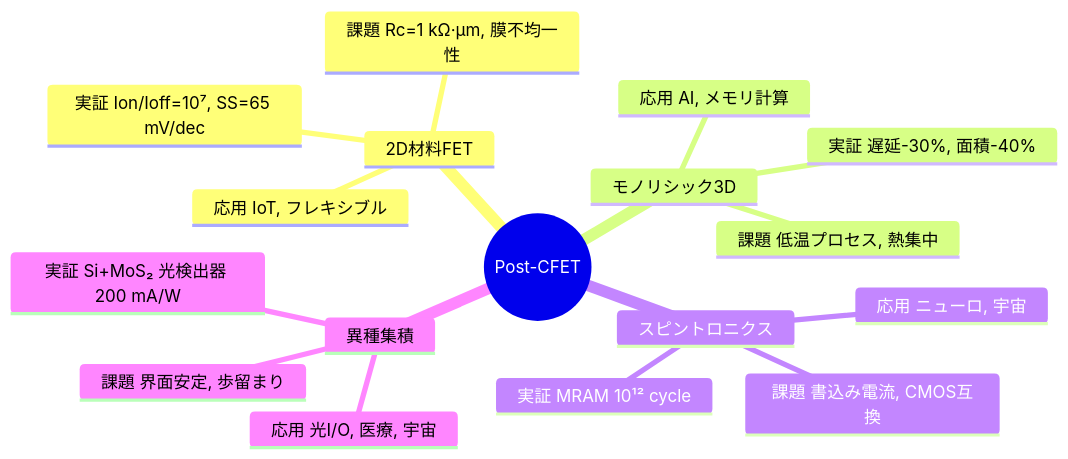
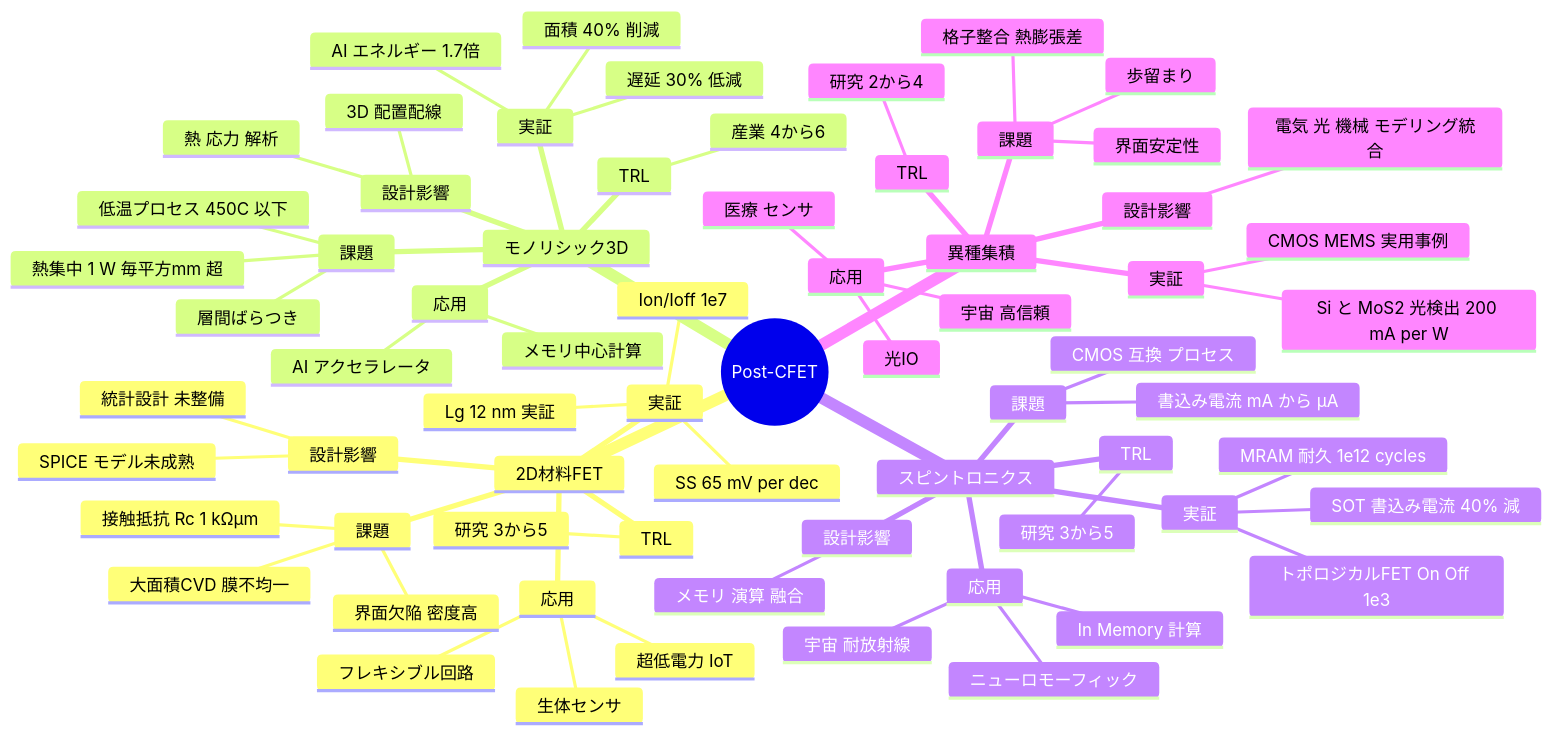
One commit to Samizo-AITL/Edusemi-v4x changed the third of 3 diagrams in f_chapter1_finfet_gaa/post_cfet/draft.md. Above: the diagram before and after it, drawn with Mermaid. The commit also changed other lines of this file, not shown here.

````diff
--- a/f_chapter1_finfet_gaa/post_cfet/draft.md
+++ b/f_chapter1_finfet_gaa/post_cfet/draft.md
@@ -206,20 +207,71 @@
 ```mermaid
 mindmap
   root((Post-CFET))
     2D材料FET
-      実証 Ion/Ioff=10⁷, SS=65 mV/dec
-      課題 Rc=1 kΩ·µm, 膜不均一性
-      応用 IoT, フレキシブル
+      実証
+        Ion/Ioff 1e7
+        SS 65 mV per dec
+        Lg 12 nm 実証
+      課題
+        接触抵抗 Rc 1 kΩµm
+        大面積CVD 膜不均一
+        界面欠陥 密度高
+      応用
+        超低電力 IoT
+        フレキシブル回路
+        生体センサ
+      設計影響
+        SPICE モデル未成熟
+        統計設計 未整備
+      TRL
+        研究 3から5
     モノリシック3D
-      実証 遅延-30%, 面積-40%
-      課題 低温プロセス, 熱集中
-      応用 AI, メモリ計算
+      実証
+        遅延 30% 低減
+        面積 40% 削減
+        AI エネルギー 1.7倍
+      課題
+        低温プロセス 450C 以下
+        層間ばらつき
+        熱集中 1 W 毎平方mm 超
+      応用
+        AI アクセラレータ
+        メモリ中心計算
+      設計影響
+        3D 配置配線
+        熱 応力 解析
+      TRL
+        産業 4から6
     スピントロニクス
-      実証 MRAM 10¹² cycle
-      課題 書込み電流, CMOS互換
-      応用 ニューロ, 宇宙
+      実証
+        MRAM 耐久 1e12 cycles
+        SOT 書込み電流 40% 減
+        トポロジカルFET On Off 1e3
+      課題
+        CMOS 互換 プロセス
+        書込み電流 mA から µA
+      応用
+        ニューロモーフィック
+        宇宙 耐放射線
+        In Memory 計算
+      設計影響
+        メモリ 演算 融合
+      TRL
+        研究 3から5
     異種集積
-      実証 Si+MoS₂ 光検出器 200 mA/W
-      課題 界面安定, 歩留まり
-      応用 光I/O, 医療, 宇宙
+      実証
+        Si と MoS2 光検出 200 mA per W
+        CMOS MEMS 実用事例
+      課題
+        界面安定性
+        格子整合 熱膨張差
+        歩留まり
+      応用
+        光IO
+        医療 センサ
+        宇宙 高信頼
+      設計影響
+        電気 光 機械 モデリング統合
+      TRL
+        研究 2から4
 ```
````
